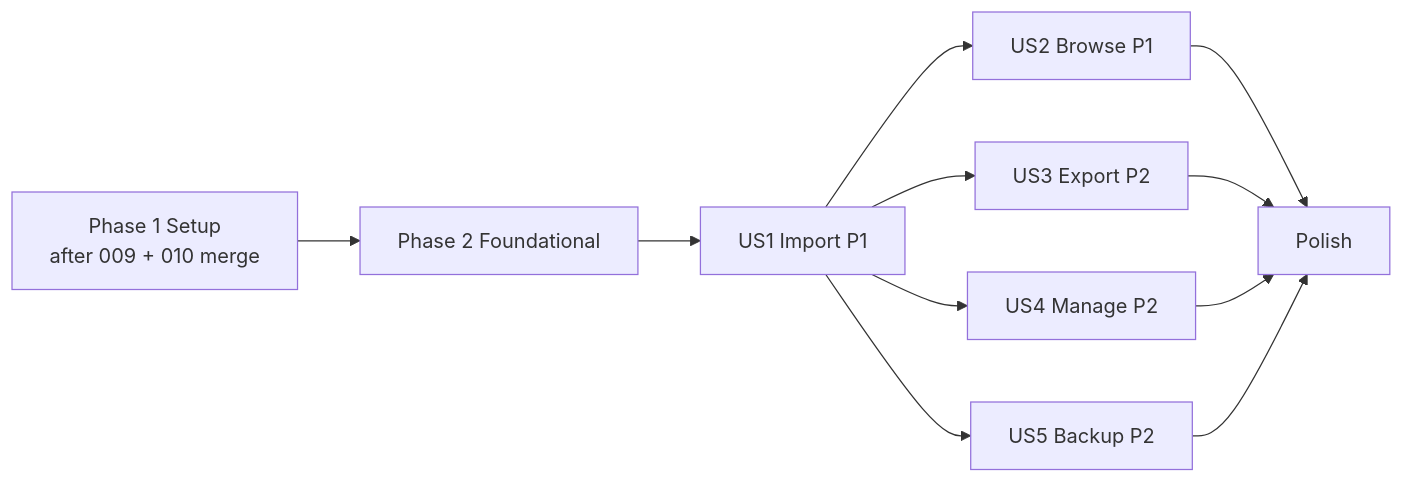
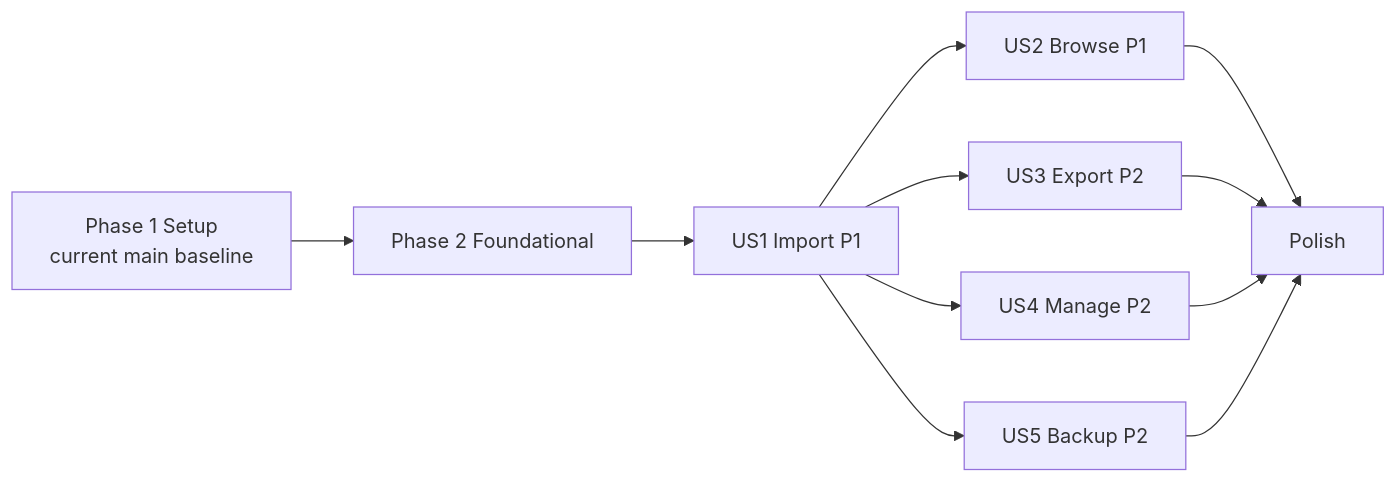
One commit to Medenor/PromptVault changed the diagram in specs/011-skill-packages/tasks.md. Above: the diagram before and after it, drawn with Mermaid. The commit also changed other lines of this file and 4 other files, not shown here.

````diff
--- a/specs/011-skill-packages/tasks.md
+++ b/specs/011-skill-packages/tasks.md
@@ -272,13 +272,13 @@
 ```mermaid
 flowchart LR
-  S[Phase 1 Setup<br/>after 009 + 010 merge] --> F[Phase 2 Foundational]
+  S[Phase 1 Setup<br/>current main baseline] --> F[Phase 2 Foundational]
   F --> U1[US1 Import P1]
   U1 --> U2[US2 Browse P1]
   U1 --> U3[US3 Export P2]
   U1 --> U4[US4 Manage P2]
   U1 --> U5[US5 Backup P2]
   U2 --> P[Polish]
   U3 --> P
   U4 --> P
   U5 --> P
 ```
````
